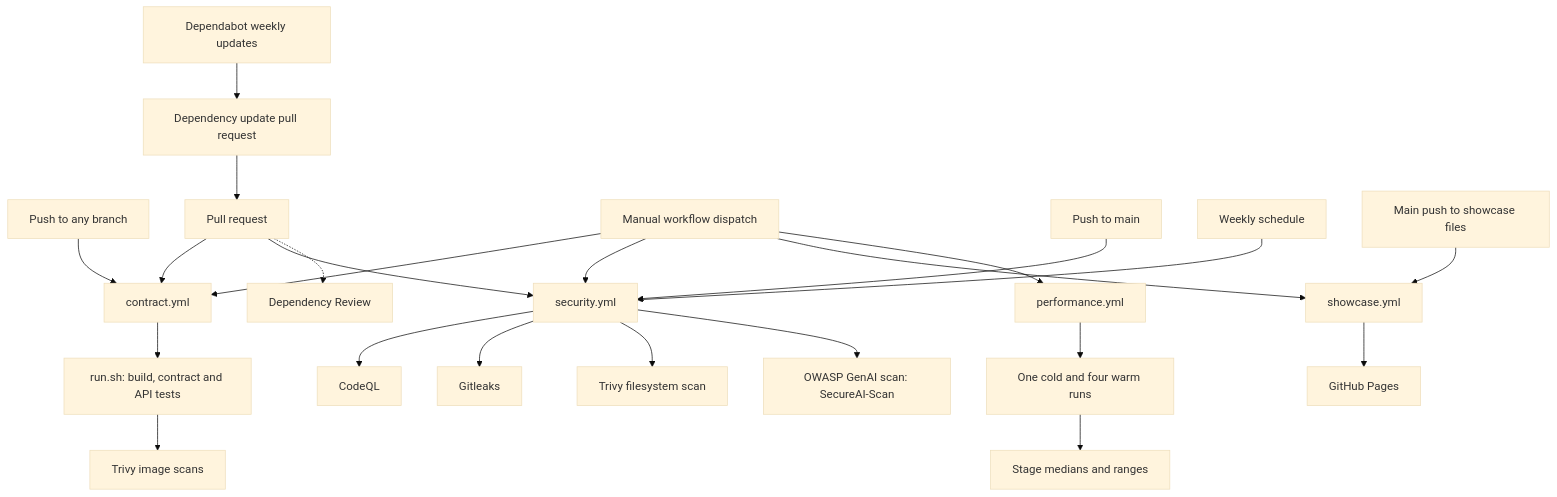
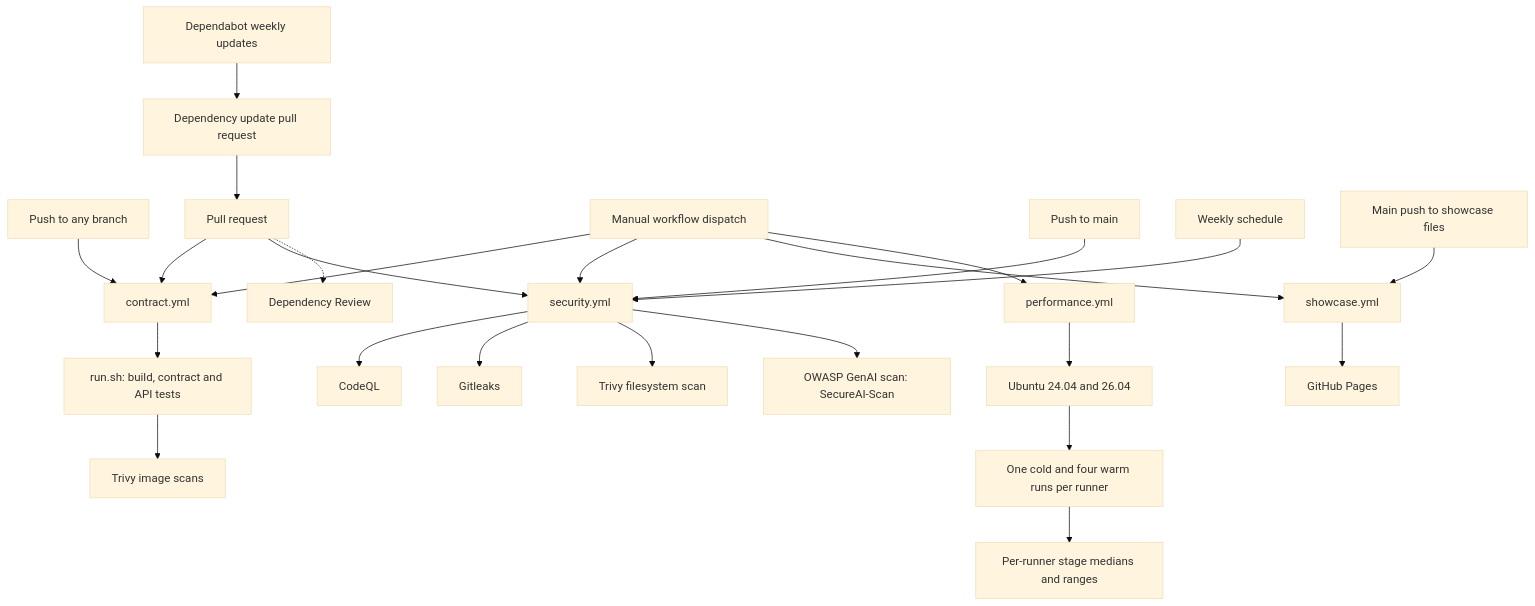
One commit to shoman2020/oas-polycontract changed the second of 2 diagrams in README.md. Above: the diagram before and after it, drawn with Mermaid (base theme). The commit also changed other lines of this file and 7 other files, not shown here.

Commit message:
Add cross-runner performance benchmark

````diff
--- a/README.md
+++ b/README.md
@@ -35,27 +35,28 @@
 ```mermaid
 flowchart TB
   AnyPush[Push to any branch] --> Contract[contract.yml]
   PullRequest[Pull request] --> Contract
   Manual[Manual workflow dispatch] --> Contract
   Contract --> Runner[run.sh: build, contract and API tests]
   Runner --> ImageScans[Trivy image scans]
 
   MainPush[Push to main] --> Security[security.yml]
   PullRequest --> Security
   Weekly[Weekly schedule] --> Security
   Manual --> Security
   Security --> CodeQL[CodeQL]
   Security --> Secrets[Gitleaks]
   Security --> FileScan[Trivy filesystem scan]
   Security --> AIScan[OWASP GenAI scan: SecureAI-Scan]
   PullRequest -.-> Review[Dependency Review]
 
   ShowcasePush[Main push to showcase files] --> Showcase[showcase.yml]
   Manual --> Showcase
   Showcase --> Pages[GitHub Pages]
   Manual --> Performance[performance.yml]
-  Performance --> Samples[One cold and four warm runs]
-  Samples --> Timings[Stage medians and ranges]
+  Performance --> Runners[Ubuntu 24.04 and 26.04]
+  Runners --> Samples[One cold and four warm runs per runner]
+  Samples --> Timings[Per-runner stage medians and ranges]
   Dependabot[Dependabot weekly updates] --> UpdatePR[Dependency update pull request]
   UpdatePR --> PullRequest
 ```
````
